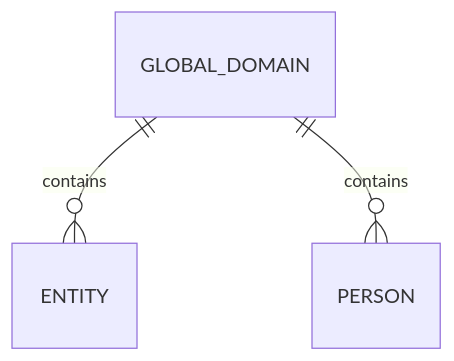
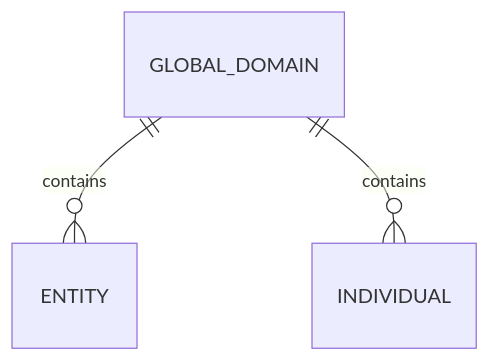
One commit to intuitem/ciso-assistant-community changed the tenth of 10 diagrams in documentation/architecture/data-model.md. Above: the diagram before and after it, drawn with Mermaid. The commit also changed other lines of this file, not shown here.

````diff
--- a/documentation/architecture/data-model.md
+++ b/documentation/architecture/data-model.md
@@ -1200,5 +1217,5 @@
 ```mermaid
 erDiagram
     GLOBAL_DOMAIN   ||--o{ ENTITY          : contains
-    GLOBAL_DOMAIN   ||--o{ PERSON          : contains
+    GLOBAL_DOMAIN   ||--o{ INDIVIDUAL          : contains
 ```
````
